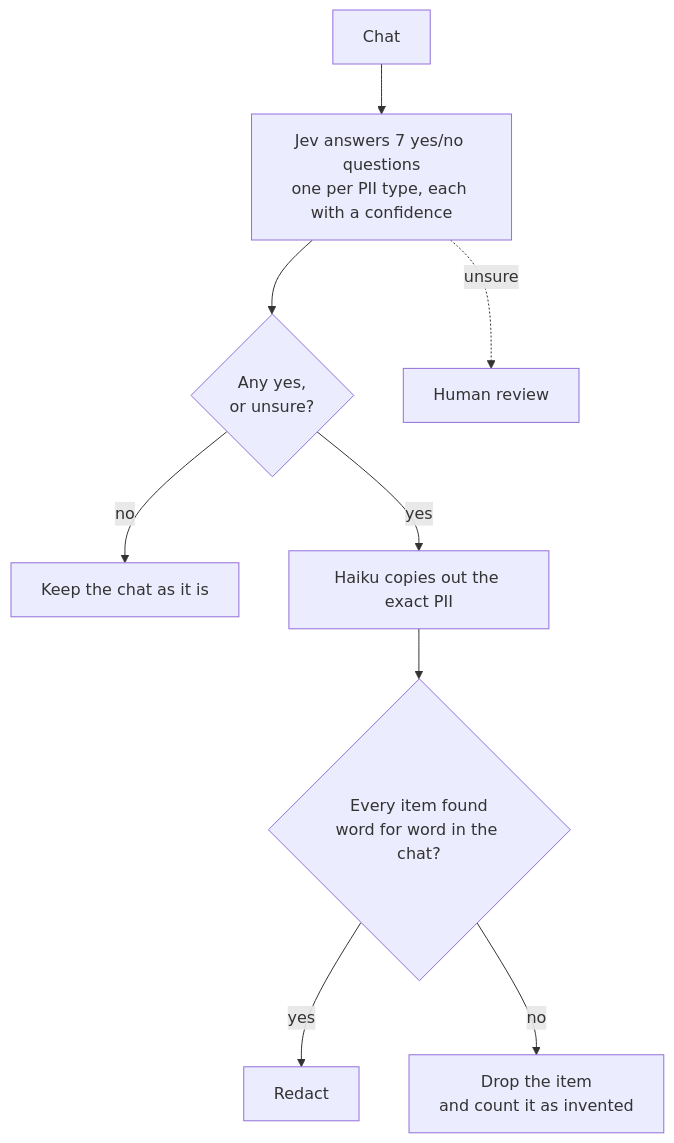
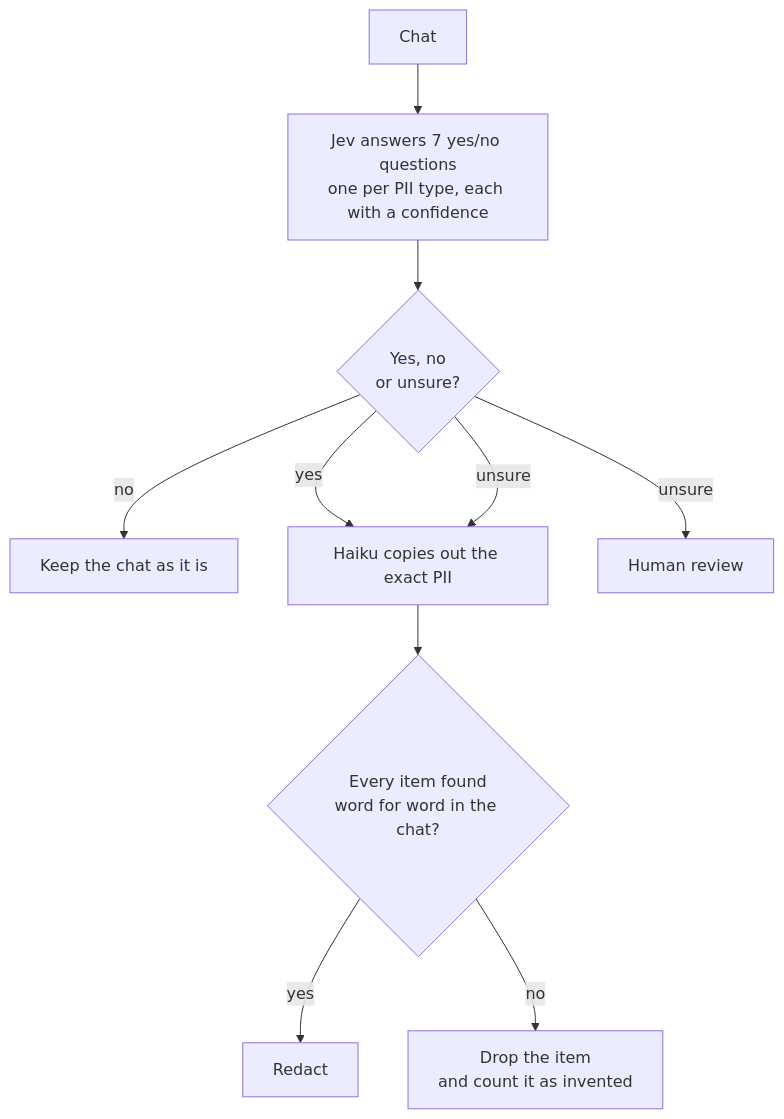
Before and after one commit to sneha-shrikumar/PII-Detection-with-Jev: the first of 2 diagrams in README.md, drawn with Mermaid. The commit also changed other lines of this file and 2 other files, not shown here.

Commit message:
README flowchart: one yes/no/unsure decision after Jev; drop the precision-check caveat

````diff
--- a/README.md
+++ b/README.md
@@ -18,11 +18,12 @@
 ```mermaid
 flowchart TD
     C["Chat"] --> J["Jev answers 7 yes/no questions<br/>one per PII type, each with a confidence"]
-    J --> D{"Any yes,<br/>or unsure?"}
+    J --> D{"Yes, no<br/>or unsure?"}
     D -- no --> K["Keep the chat as it is"]
     D -- yes --> H["Haiku copies out the exact PII"]
+    D -- unsure --> H
+    D -- unsure --> P["Human review"]
     H --> V{"Every item found<br/>word for word in the chat?"}
     V -- yes --> R["Redact"]
     V -- no --> X["Drop the item<br/>and count it as invented"]
-    J -. "unsure" .-> P["Human review"]
 ```
````
